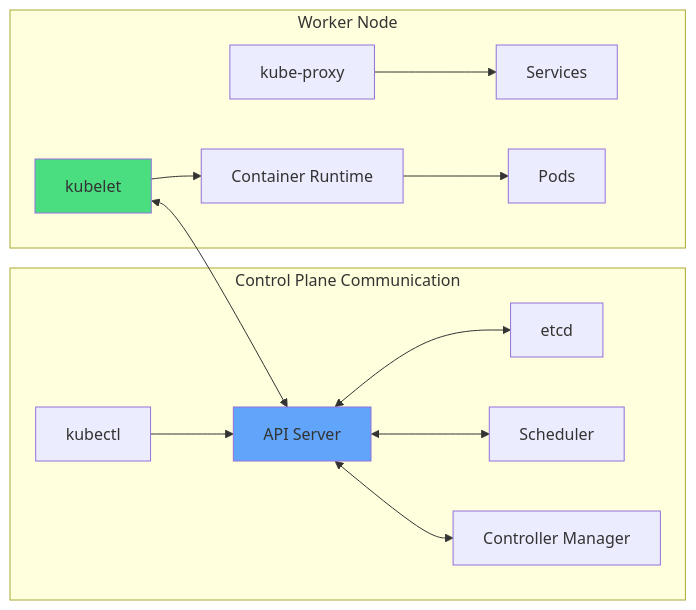
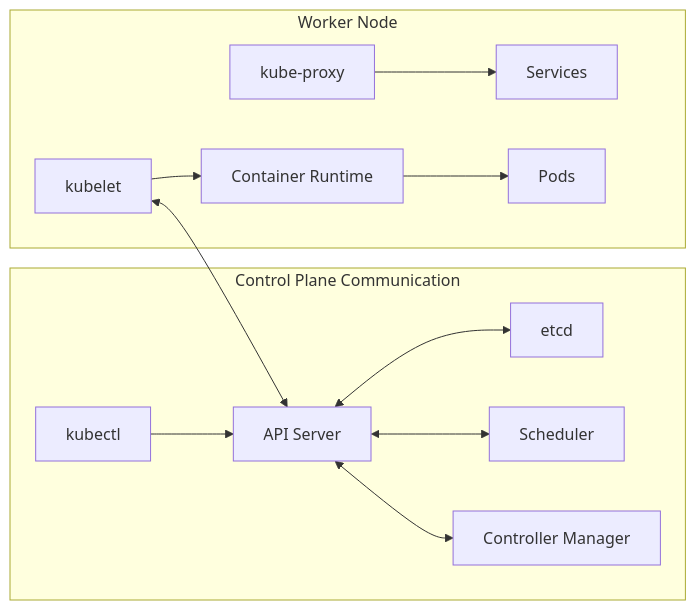
Before and after one commit to TechnoBureau/docs: the second of 5 diagrams in kubernetes/introduction_about_kubernetes_and_basics.mdx, drawn with Mermaid. The commit also changed other lines of this file and 5 other files, not shown here.

````diff
--- a/kubernetes/introduction_about_kubernetes_and_basics.mdx
+++ b/kubernetes/introduction_about_kubernetes_and_basics.mdx
@@ -148,19 +148,17 @@
 ```mermaid
 graph LR
     subgraph "Control Plane Communication"
         A[kubectl] --> B[API Server]
         B <--> C[etcd]
         B <--> D[Scheduler]
         B <--> E[Controller Manager]
     end
 
     subgraph "Worker Node"
         F[kubelet] <--> B
         F --> G[Container Runtime]
         H[kube-proxy] --> I[Services]
         G --> J[Pods]
     end
 
-    style B fill:#60a5fa
-    style F fill:#4ade80
 ```
````
